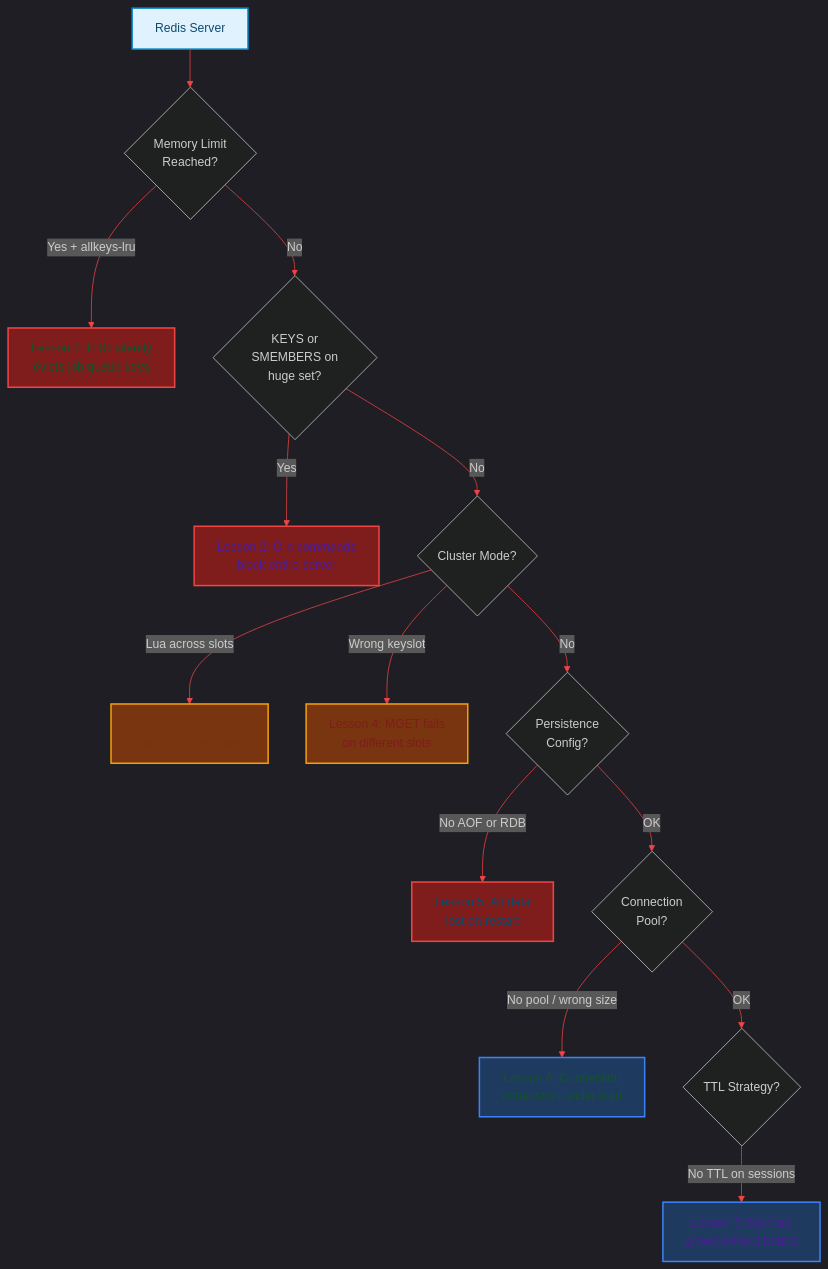
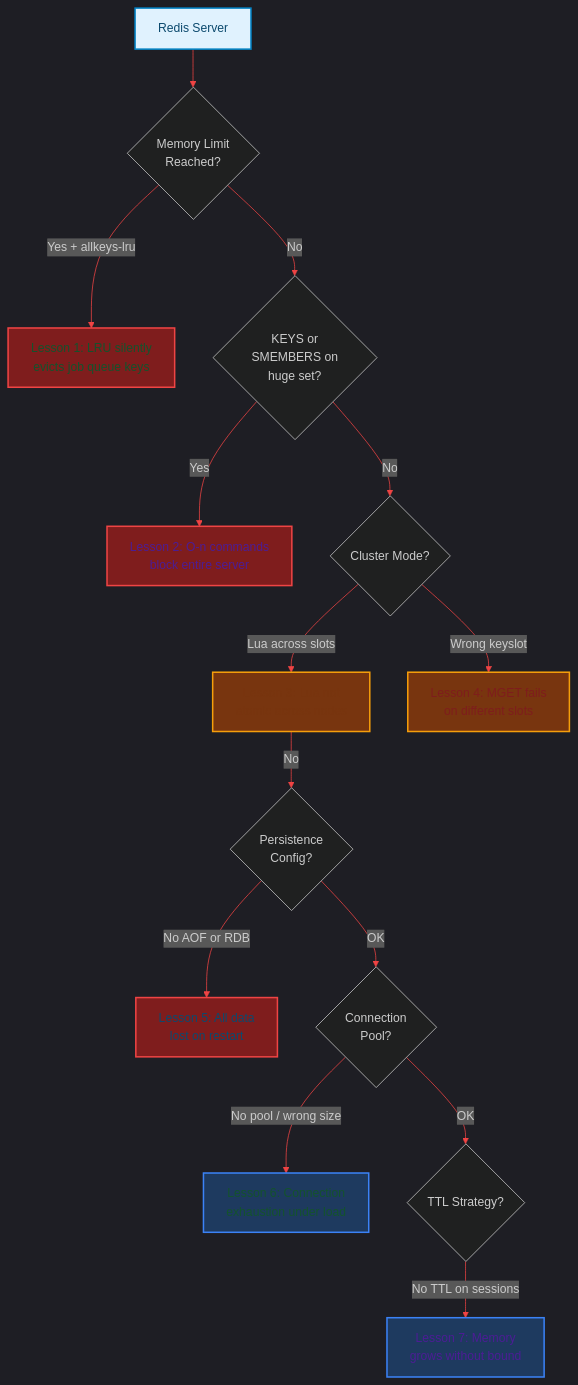
The diagram in blog/posts/redis-production-hard-lessons.md (akmalkhaniub/akmalkhaniub.github.io), drawn with Mermaid before and after one commit. The commit also changed 894 other files, not shown here.

Commit message:
feat(blog): upgrade all 444 posts with unique staggered dates, 2-col Mermaid spines, benchmark tables, code blocks, and trade-offs

````diff
--- a/blog/posts/redis-production-hard-lessons.md
+++ b/blog/posts/redis-production-hard-lessons.md
@@ -17,36 +17,36 @@
 ```mermaid
 %%{init: {'theme': 'dark', 'themeVariables': { 'primaryColor': '#ef4444', 'primaryTextColor': '#f3f4f6', 'primaryBorderColor': '#f87171', 'lineColor': '#ef4444', 'secondaryColor': '#111827', 'tertiaryColor': '#0f172a'}}}%%
 flowchart TD
     R["Redis Server"] --> L1{Memory Limit<br/>Reached?}
     L1 -->|Yes + allkeys-lru| E1[" Lesson 1: LRU silently<br/>evicts job queue keys"]
     L1 -->|No| L2{KEYS or<br/>SMEMBERS on<br/>huge set?}
     L2 -->|Yes| E2[" Lesson 2: O-n commands<br/>block entire server"]
     L2 -->|No| L3{Cluster Mode?}
     L3 -->|Lua across slots| E3[" Lesson 3: Lua not<br/>atomic across nodes"]
     L3 -->|Wrong keyslot| E4[" Lesson 4: MGET fails<br/>on different slots"]
-    L3 -->|No| L4{Persistence<br/>Config?}
+    E3 --> |No| L4{Persistence<br/>Config?}
     L4 -->|No AOF or RDB| E5[" Lesson 5: All data<br/>lost on restart"]
     L4 -->|OK| L5{Connection<br/>Pool?}
     L5 -->|No pool / wrong size| E6[" Lesson 6: Connection<br/>exhaustion under load"]
     L5 -->|OK| L6{TTL Strategy?}
     L6 -->|No TTL on sessions| E7[" Lesson 7: Memory<br/>grows without bound"]
 
     style E1 fill:#7f1d1d,stroke:#ef4444,stroke-width:2px
     style E2 fill:#7f1d1d,stroke:#ef4444,stroke-width:2px
     style E3 fill:#78350f,stroke:#f59e0b,stroke-width:2px
     style E4 fill:#78350f,stroke:#f59e0b,stroke-width:2px
     style E5 fill:#7f1d1d,stroke:#ef4444,stroke-width:2px
     style E6 fill:#1e3a5f,stroke:#3b82f6,stroke-width:2px
     style E7 fill:#1e3a5f,stroke:#3b82f6,stroke-width:2px
 
 classDef green fill:#dcfce7,stroke:#16a34a,stroke-width:2px,color:#14532d;
 classDef red fill:#fee2e2,stroke:#dc2626,stroke-width:2px,color:#7f1d1d;
 classDef blue fill:#e0f2fe,stroke:#0284c7,stroke-width:2px,color:#0c4a6e;
 classDef yellow fill:#fef3c7,stroke:#d97706,stroke-width:2px,color:#78350f;
 classDef purple fill:#ede9fe,stroke:#7c3aed,stroke-width:2px,color:#4c1d95;
 class R,E5 blue
 class E1,E6 green
 class E2,E7 purple
 class E3 yellow
 class E4 red
 ```
````
